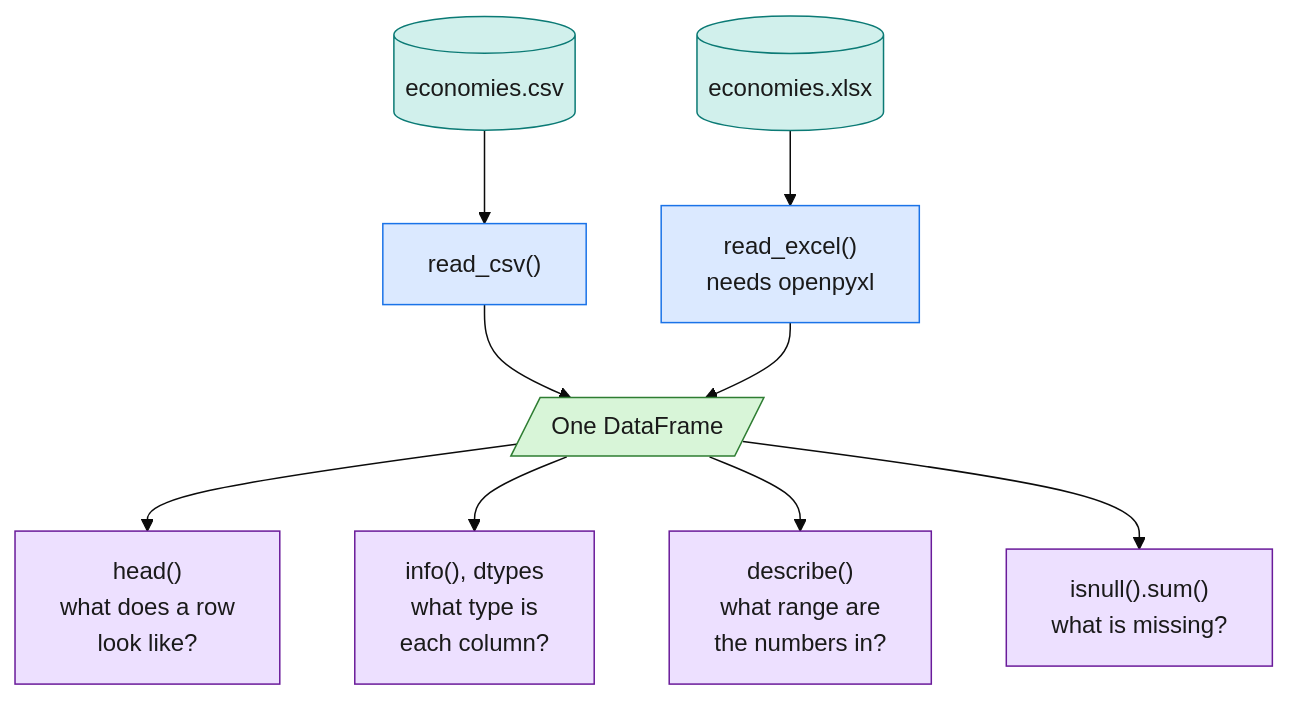
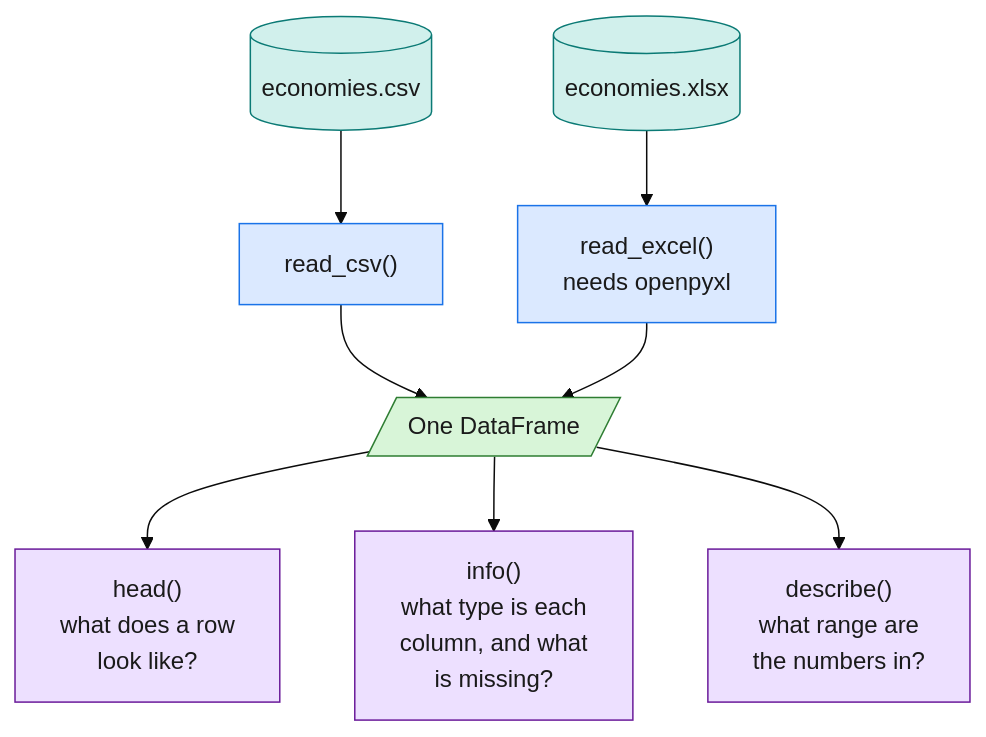
Before and after one commit to ismayc/oreilly-data-analysis-with-python: the second of 10 diagrams in exercises.qmd, drawn with Mermaid. The commit also changed other lines of this file and 14 other files, not shown here.

````diff
--- a/exercises.qmd
+++ b/exercises.qmd
@@ -110,18 +110,17 @@
 ```{mermaid}
-%%| fig-cap: "Either file type lands in the same DataFrame. Four calls then answer four questions about it."
+%%| fig-cap: "Either file type lands in the same DataFrame. Three calls then answer three questions about it."
 %%| fig-align: center
 %%{init: {'theme': 'base', 'themeVariables': {'fontSize': '16px'}, 'flowchart': {'wrappingWidth': 500}}}%%
 flowchart TD
   C[("economies.csv")]:::data --> RC["read_csv()"]:::proc
   X[("economies.xlsx")]:::data --> RX["read_excel()<br/>needs openpyxl"]:::proc
   RC --> DF[/"One DataFrame"/]:::good
   RX --> DF
   DF --> Q1["head()<br/>what does a row<br/>look like?"]:::accent
-  DF --> Q2["info(), dtypes<br/>what type is<br/>each column?"]:::accent
+  DF --> Q2["info()<br/>what type is each<br/>column, and what<br/>is missing?"]:::accent
   DF --> Q3["describe()<br/>what range are<br/>the numbers in?"]:::accent
-  DF --> Q4["isnull().sum()<br/>what is missing?"]:::accent
   classDef data fill:#d1f0ec,stroke:#0b7a75,color:#1a1a1a
   classDef proc fill:#dbe9ff,stroke:#1a73e8,color:#1a1a1a
   classDef good fill:#d8f5d8,stroke:#2e7d32,color:#1a1a1a
   classDef accent fill:#ede0ff,stroke:#6a1b9a,color:#1a1a1a
 ```
````
